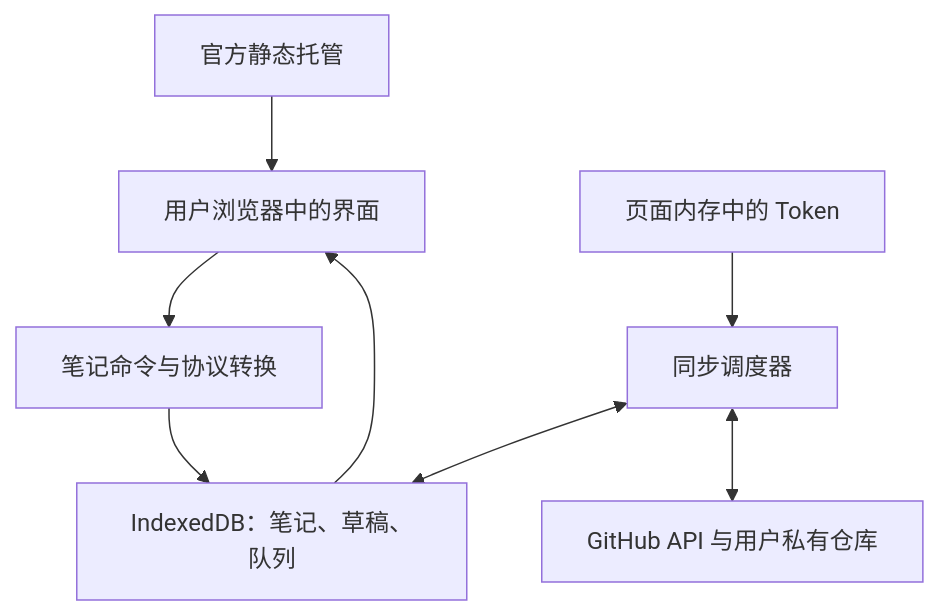
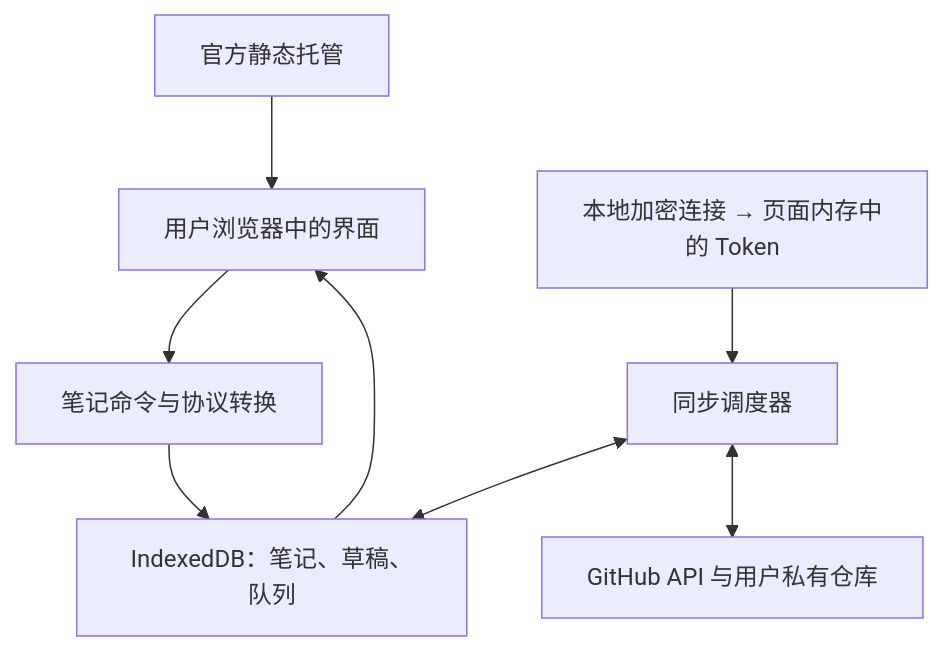
The diagram in docs/github-issues-notes-product-architecture.md (GeYugong/Tebikae), drawn with Mermaid before and after one commit. The commit also changed other lines of this file and 23 other files, not shown here.

````diff
--- a/docs/github-issues-notes-product-architecture.md
+++ b/docs/github-issues-notes-product-architecture.md
@@ -297,10 +297,10 @@
 ```mermaid
 flowchart TD
     Hosting["官方静态托管"] --> UI["用户浏览器中的界面"]
     UI --> Commands["笔记命令与协议转换"]
     Commands --> Local["IndexedDB：笔记、草稿、队列"]
     Local --> UI
     Sync["同步调度器"] <--> Local
-    Vault["页面内存中的 Token"] --> Sync
+    Vault["本地加密连接 → 页面内存中的 Token"] --> Sync
     Sync <--> GitHub["GitHub API 与用户私有仓库"]
 ```
````
